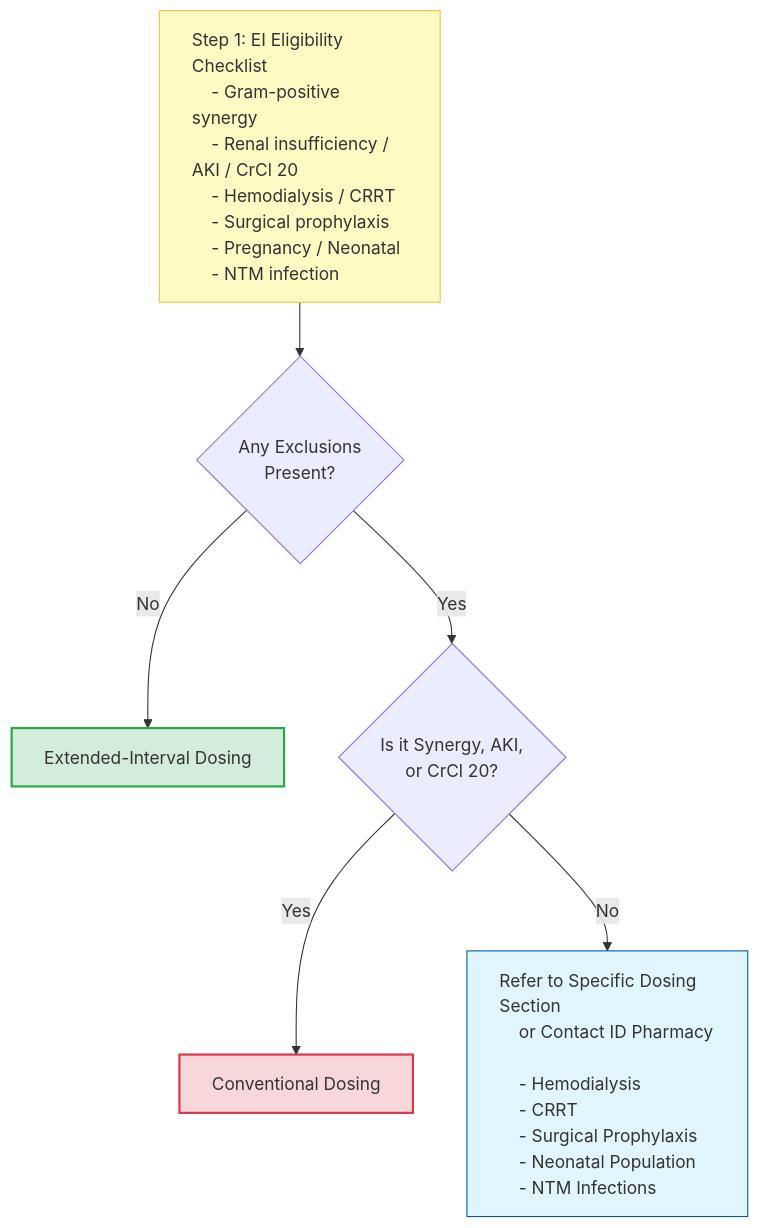
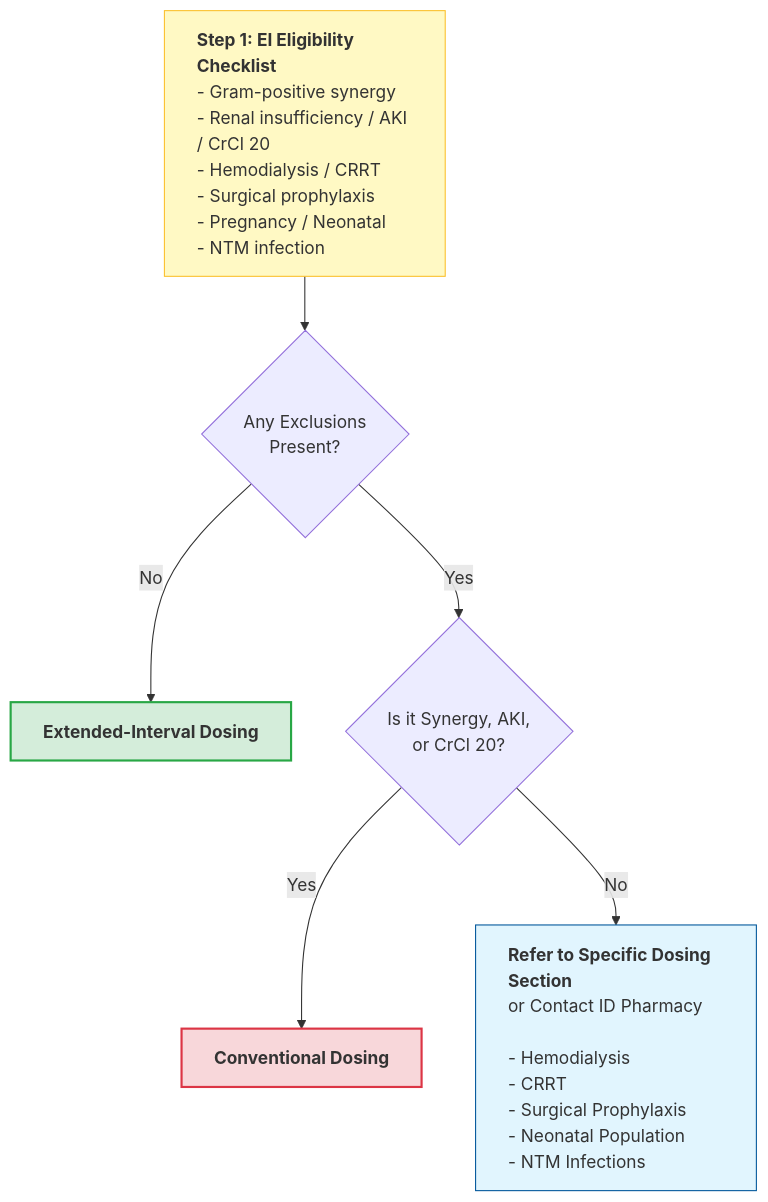
Before and after one commit to shemtsai/Aminoglycoside-Calculator: the diagram in dosing-strategy.md, drawn with Mermaid.

Commit message:
Improve flowchart formatting in dosing-strategy.md
Updated flowchart in dosing strategy to enhance formatting and clarity.

````diff
--- a/dosing-strategy.md
+++ b/dosing-strategy.md
@@ -38,37 +38,22 @@
 ```mermaid
 flowchart TD
-    %% Step 1: Initial Screening
-    Start[Step 1: EI Eligibility Checklist
-    - Gram-positive synergy
-    - Renal insufficiency / AKI / CrCl 20
-    - Hemodialysis / CRRT
-    - Surgical prophylaxis
-    - Pregnancy / Neonatal
-    - NTM infection] --> B{Any Exclusions
-    Present?}
+    %% Step 1: The wide checklist box
+    Start["<b>Step 1: EI Eligibility Checklist</b><br/>- Gram-positive synergy<br/>- Renal insufficiency / AKI / CrCl 20<br/>- Hemodialysis / CRRT<br/>- Surgical prophylaxis<br/>- Pregnancy / Neonatal<br/>- NTM infection"] --> B{Any Exclusions<br/>Present?}
     
     style Start fill:#fff9c4,stroke:#fbc02d,text-align:left
 
-    %% Path to EI
-    B -- No --> EI[Extended-Interval Dosing]
+    %% The 'No' Path
+    B -- "No" --> EI[<b>Extended-Interval Dosing</b>]
     style EI fill:#d4edda,stroke:#28a745,stroke-width:2px
 
-    %% Step 2: Major Clinical Exclusions
-    B -- Yes --> C{Is it Synergy, AKI,
-    or CrCl 20?}
+    %% The 'Yes' Path to secondary screening
+    B -- "Yes" --> C{"Is it Synergy, AKI,<br/>or CrCl 20?"}
     
-    C -- Yes --> Conv[Conventional Dosing]
+    C -- "Yes" --> Conv[<b>Conventional Dosing</b>]
     style Conv fill:#f8d7da,stroke:#dc3545,stroke-width:2px
 
-    %% Step 3: Specialty Sections
-    C -- No --> D[Refer to Specific Dosing Section
-    or Contact ID Pharmacy
-    
-    - Hemodialysis
-    - CRRT
-    - Surgical Prophylaxis
-    - Neonatal Population
-    - NTM Infections]
+    %% The 'No' path to specialty references
+    C -- "No" --> D["<b>Refer to Specific Dosing Section</b><br/>or Contact ID Pharmacy<br/><br/>- Hemodialysis<br/>- CRRT<br/>- Surgical Prophylaxis<br/>- Neonatal Population<br/>- NTM Infections"]
     
     style D fill:#e1f5fe,stroke:#01579b,text-align:left
 ```
````
